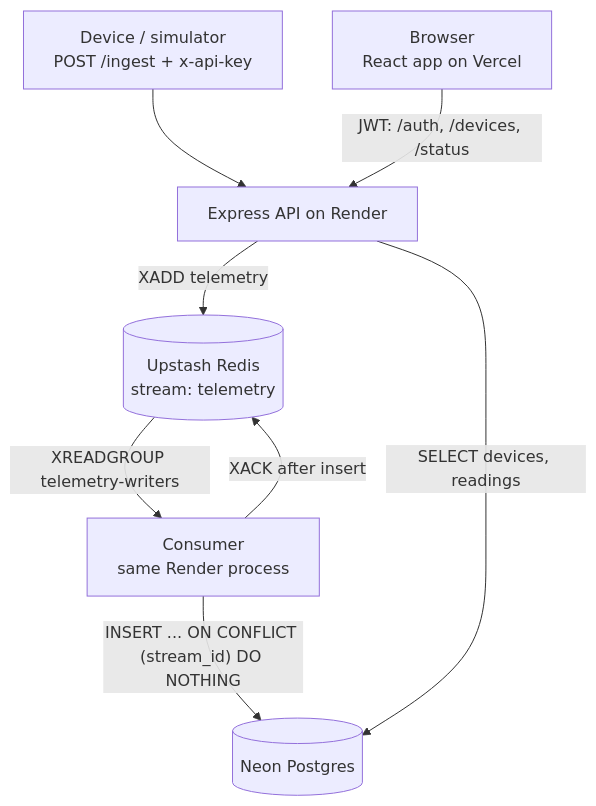
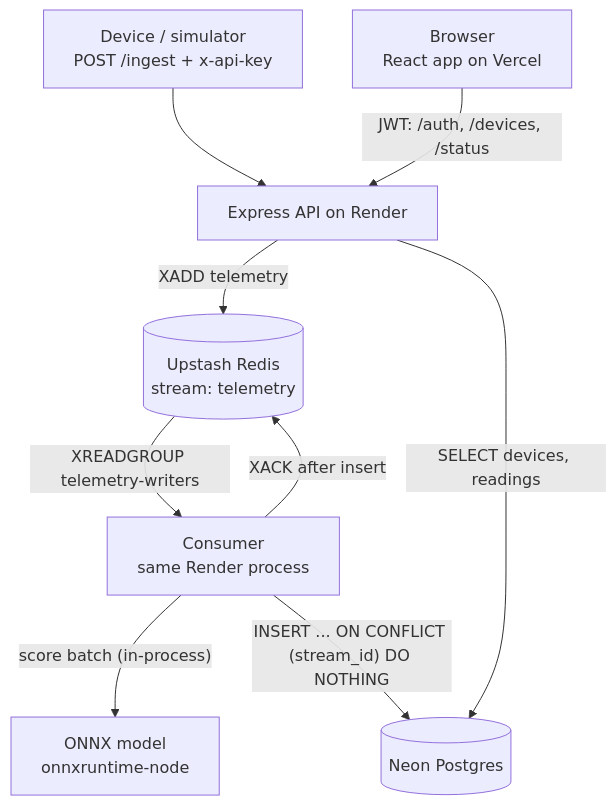
The diagram in README.md (Aash55/iot-fleet-monitor), drawn with Mermaid before and after one commit. The commit also changed other lines of this file, not shown here.

Commit message:
docs: README ML section (leak, held-out metrics, base-rate caveat, ONNX serving)

````diff
--- a/README.md
+++ b/README.md
@@ -26,10 +32,11 @@
 ```mermaid
 flowchart TD
     D["Device / simulator<br/>POST /ingest + x-api-key"] --> API
     B["Browser<br/>React app on Vercel"] -- "JWT: /auth, /devices, /status" --> API
     API["Express API on Render"] -- "XADD telemetry" --> R[("Upstash Redis<br/>stream: telemetry")]
     R -- "XREADGROUP telemetry-writers" --> C["Consumer<br/>same Render process"]
+    C -- "score batch (in-process)" --> M["ONNX model<br/>onnxruntime-node"]
     C -- "XACK after insert" --> R
     C -- "INSERT ... ON CONFLICT (stream_id) DO NOTHING" --> P[("Neon Postgres")]
     API -- "SELECT devices, readings" --> P
 ```
````
